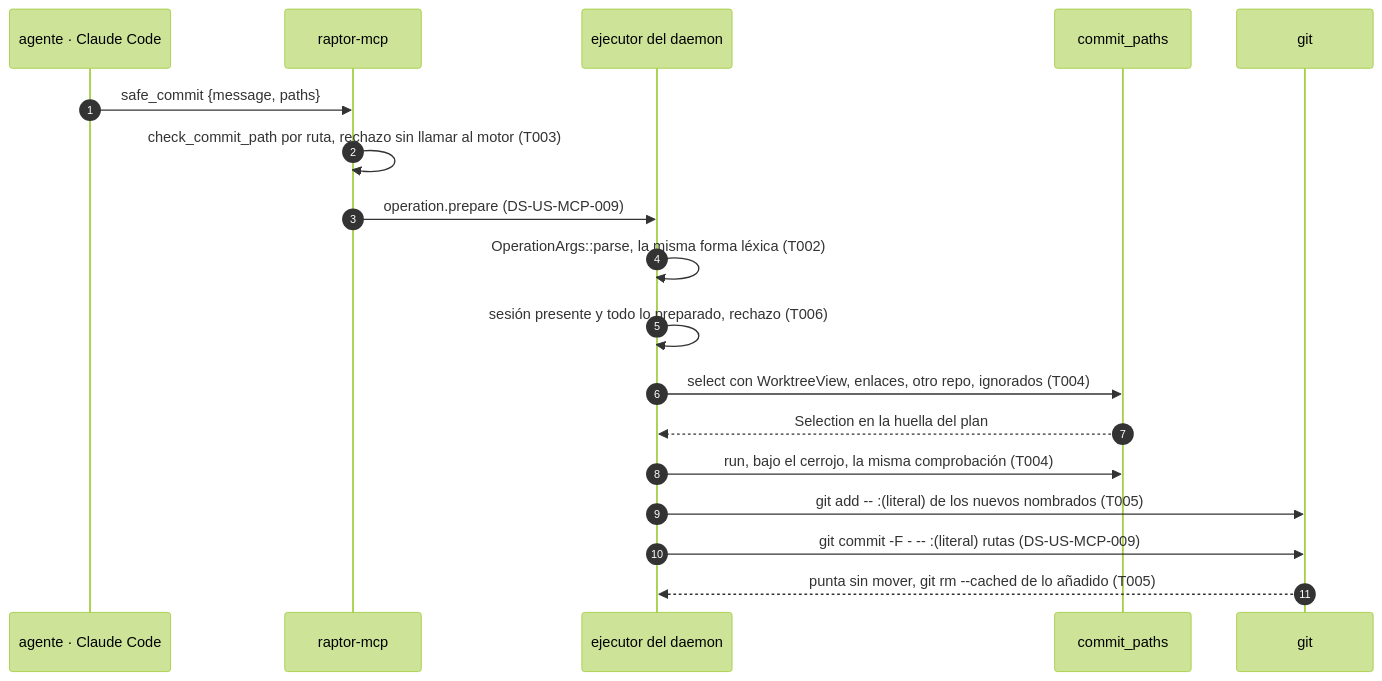
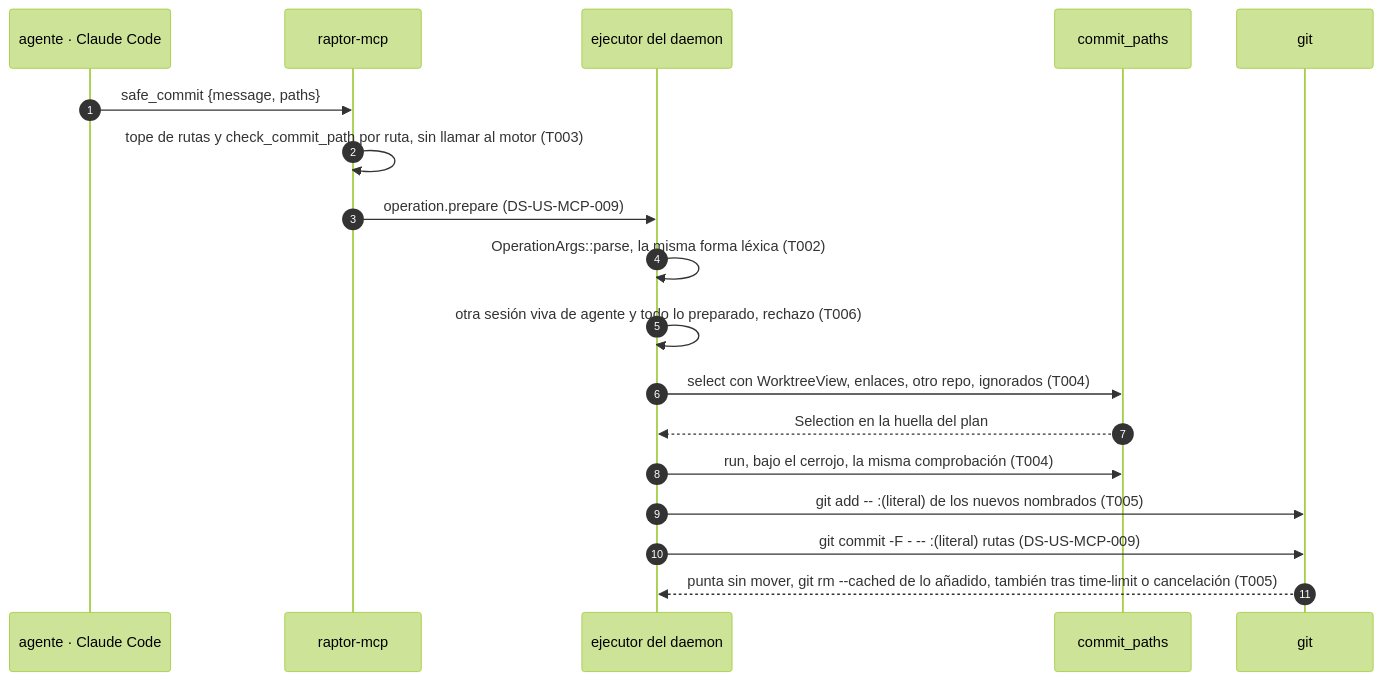
One commit to rbonillajr/gitRaptor changed the second of 3 diagrams in docs/requirements/features/mcp/dev-specs/US-MCP-010-dev-spec.md. Above: the diagram before and after it, drawn with Mermaid (forest theme). The commit also changed other lines of this file and 1 other file, not shown here.

Commit message:
docs(mcp): apply the Architect and PO validation to DS-US-MCP-009 and DS-US-MCP-010

````diff
--- a/docs/requirements/features/mcp/dev-specs/US-MCP-010-dev-spec.md
+++ b/docs/requirements/features/mcp/dev-specs/US-MCP-010-dev-spec.md
@@ -141,20 +142,20 @@
 ```mermaid
 sequenceDiagram
     autonumber
     participant Ag as agente · Claude Code
     participant Mcp as raptor-mcp
     participant Ex as ejecutor del daemon
     participant Sel as commit_paths
     participant Gt as git
     Ag->>Mcp: safe_commit {message, paths}
-    Mcp->>Mcp: check_commit_path por ruta, rechazo sin llamar al motor (T003)
+    Mcp->>Mcp: tope de rutas y check_commit_path por ruta, sin llamar al motor (T003)
     Mcp->>Ex: operation.prepare (DS-US-MCP-009)
     Ex->>Ex: OperationArgs::parse, la misma forma léxica (T002)
-    Ex->>Ex: sesión presente y todo lo preparado, rechazo (T006)
+    Ex->>Ex: otra sesión viva de agente y todo lo preparado, rechazo (T006)
     Ex->>Sel: select con WorktreeView, enlaces, otro repo, ignorados (T004)
     Sel-->>Ex: Selection en la huella del plan
     Ex->>Sel: run, bajo el cerrojo, la misma comprobación (T004)
     Ex->>Gt: git add -- :(literal) de los nuevos nombrados (T005)
     Ex->>Gt: git commit -F - -- :(literal) rutas (DS-US-MCP-009)
-    Gt-->>Ex: punta sin mover, git rm --cached de lo añadido (T005)
+    Gt-->>Ex: punta sin mover, git rm --cached de lo añadido, también tras time-limit o cancelación (T005)
 ```
````
